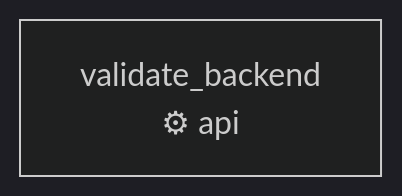
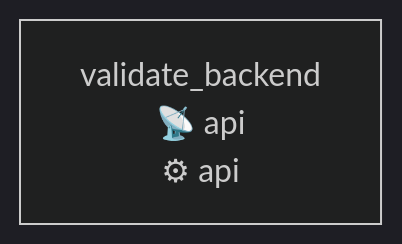
One commit to jeffersonmachado/r-agent2 changed the diagram in docs/diagrams/qa-waves/journey-core-payment_charge_flow-precond_payment_charge_flow_payment_gateway_available.md. Above: the diagram before and after it, drawn with Mermaid (dark theme). The commit also changed other lines of this file and 74 other files, not shown here.

First line of the commit message:
docs(qa-waves): roteiros de jornada + diagramas + status de plataforma

````diff
--- a/docs/diagrams/qa-waves/journey-core-payment_charge_flow-precond_payment_charge_flow_payment_gateway_available.md
+++ b/docs/diagrams/qa-waves/journey-core-payment_charge_flow-precond_payment_charge_flow_payment_gateway_available.md
@@ -5,5 +5,5 @@
 ```mermaid
 flowchart LR
-    step_precond_payment_gateway_available_1["validate_backend\n⚙ api"]
+    step_precond_payment_gateway_available_1["validate_backend\n📡 api\n⚙ api"]
 
 ```
````
